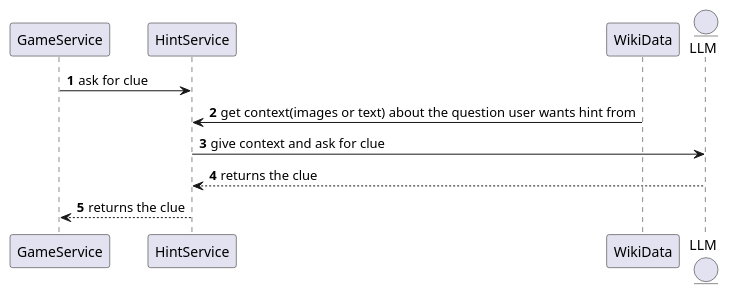
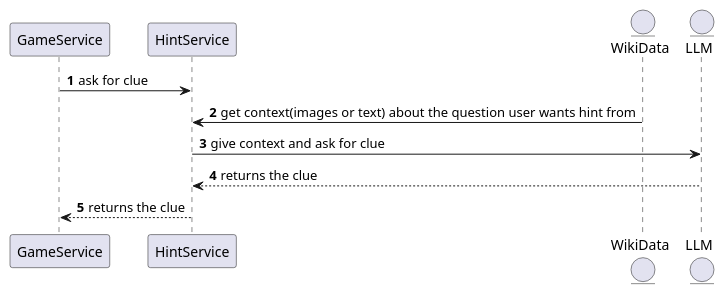
One commit to Arquisoft/wichat_en3a changed the fifth of 5 diagrams in docs/src/06_runtime_view.adoc. Above: the diagram before and after it, drawn with PlantUML.

Commit message:
Fixed a typo

```diff
--- a/docs/src/06_runtime_view.adoc
+++ b/docs/src/06_runtime_view.adoc
@@ -165,14 +165,14 @@
 [plantuml,"Hint generation diagram",png]
 ----
 autonumber
 participant GameService
 participant HintService
-participant WikiData
+entity WikiData
 entity LLM
 
 GameService -> HintService: ask for clue
 WikiData -> HintService : get context(images or text) about the question user wants hint from
 HintService -> LLM: give context and ask for clue
 LLM --> HintService: returns the clue
 HintService --> GameService: returns the clue
 ----
```
